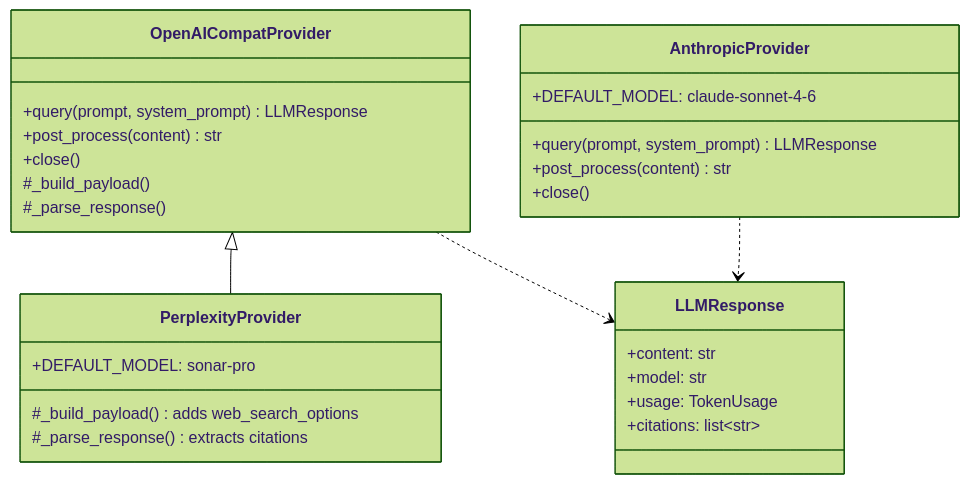
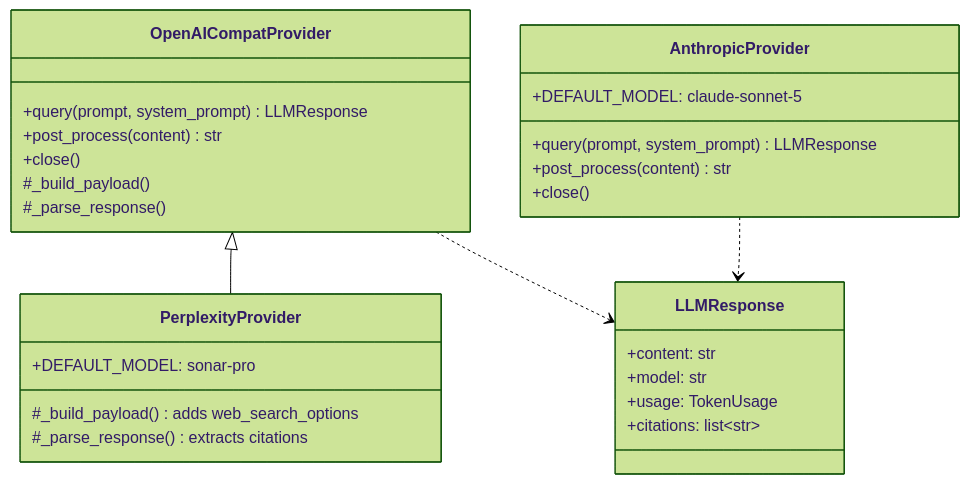
The fifth of 7 diagrams in docs/architecture.md (rossgroomio/fpl-cli), drawn with Mermaid (forest theme) before and after one commit. The commit also changed 6 other files, not shown here.

````diff
--- a/docs/architecture.md
+++ b/docs/architecture.md
@@ -374,34 +374,34 @@
 ```mermaid
 classDiagram
     class LLMResponse {
         +content: str
         +model: str
         +usage: TokenUsage
         +citations: list~str~
     }
 
     class OpenAICompatProvider {
         +query(prompt, system_prompt) LLMResponse
         +post_process(content) str
         +close()
         #_build_payload()
         #_parse_response()
     }
 
     class PerplexityProvider {
         +DEFAULT_MODEL: sonar-pro
         #_build_payload() adds web_search_options
         #_parse_response() extracts citations
     }
 
     class AnthropicProvider {
-        +DEFAULT_MODEL: claude-sonnet-4-6
+        +DEFAULT_MODEL: claude-sonnet-5
         +query(prompt, system_prompt) LLMResponse
         +post_process(content) str
         +close()
     }
 
     OpenAICompatProvider <|-- PerplexityProvider
     OpenAICompatProvider ..> LLMResponse
     AnthropicProvider ..> LLMResponse
 ```
````
